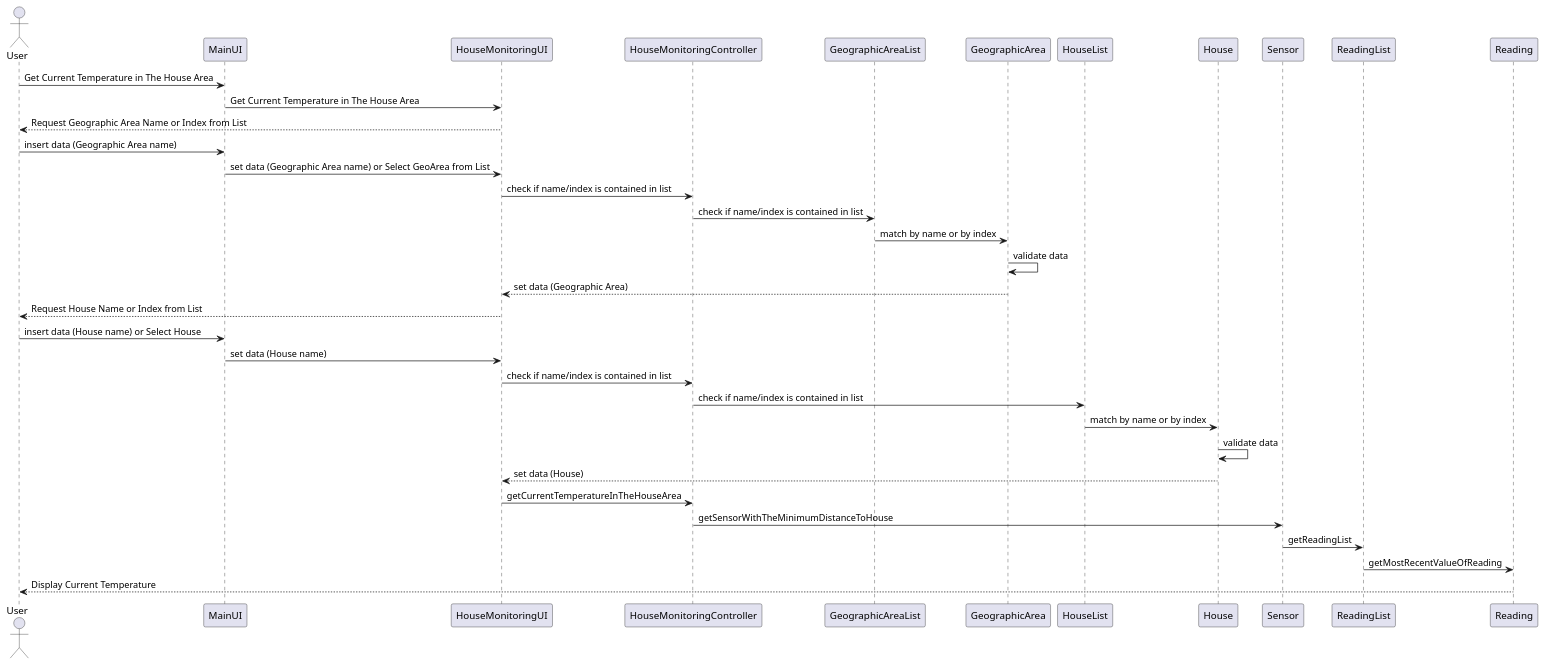
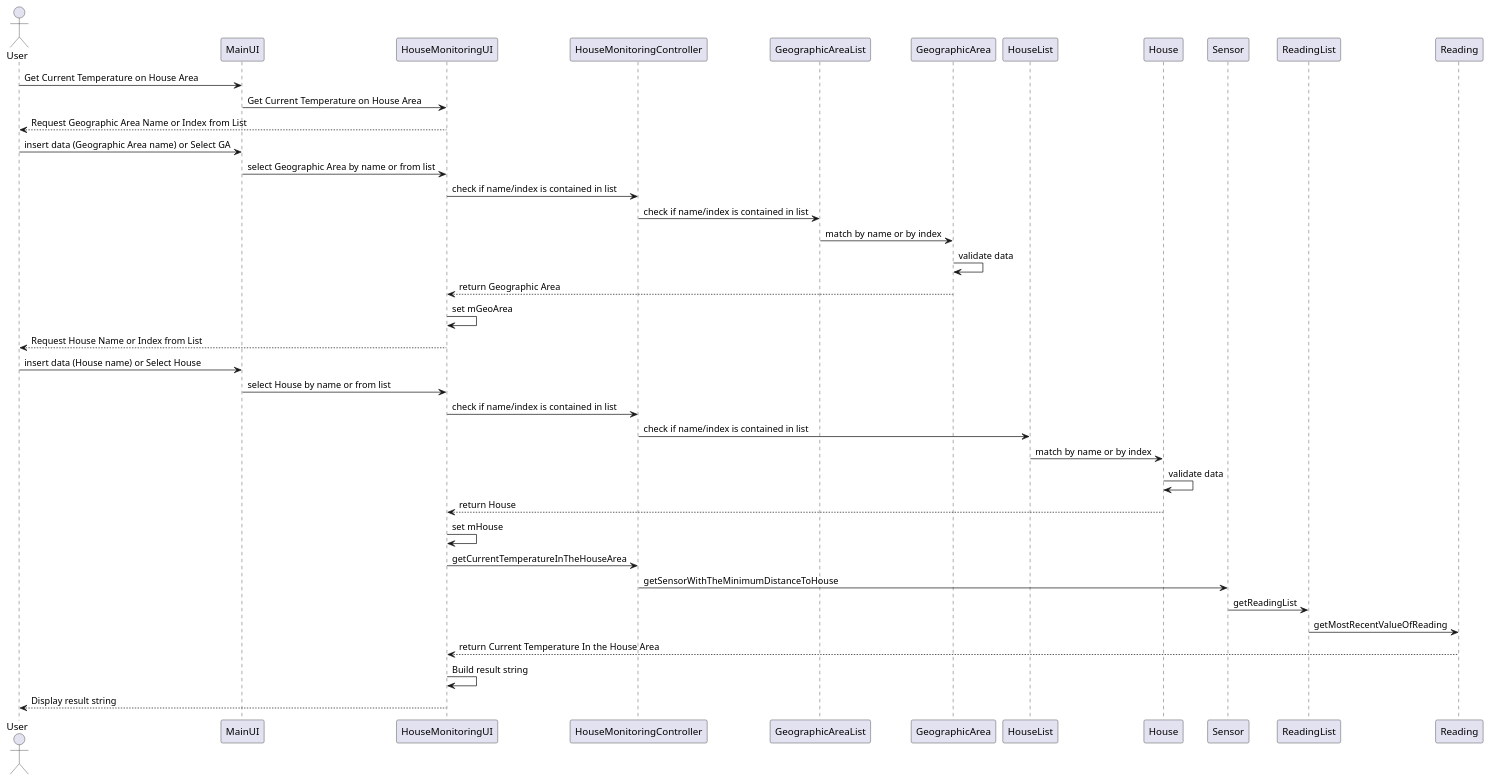
The diagram in uml/US600.puml (Almadanmp/project), drawn with PlantUML before and after one commit.

Commit message:
uml sequence updated.

```diff
--- a/uml/US600.puml
+++ b/uml/US600.puml
@@ -1,26 +1,31 @@
 @startuml
 actor User
-User -> MainUI: Get Current Temperature in The House Area
-MainUI -> HouseMonitoringUI: Get Current Temperature in The House Area
+User -> MainUI: Get Current Temperature on House Area
+MainUI -> HouseMonitoringUI: Get Current Temperature on House Area
 HouseMonitoringUI --> User: Request Geographic Area Name or Index from List
-User -> MainUI: insert data (Geographic Area name)
-MainUI -> HouseMonitoringUI: set data (Geographic Area name) or Select GeoArea from List
+User -> MainUI: insert data (Geographic Area name) or Select GA
+MainUI -> HouseMonitoringUI: select Geographic Area by name or from list
 HouseMonitoringUI ->HouseMonitoringController: check if name/index is contained in list
 HouseMonitoringController -> GeographicAreaList: check if name/index is contained in list
 GeographicAreaList -> GeographicArea: match by name or by index
 GeographicArea -> GeographicArea: validate data
-GeographicArea --> HouseMonitoringUI: set data (Geographic Area)
+GeographicArea --> HouseMonitoringUI: return Geographic Area
+HouseMonitoringUI -> HouseMonitoringUI: set mGeoArea
 HouseMonitoringUI --> User: Request House Name or Index from List
 User -> MainUI: insert data (House name) or Select House
-MainUI -> HouseMonitoringUI: set data (House name)
+MainUI -> HouseMonitoringUI: select House by name or from list
 HouseMonitoringUI -> HouseMonitoringController: check if name/index is contained in list
 HouseMonitoringController -> HouseList: check if name/index is contained in list
 HouseList -> House: match by name or by index
 House -> House: validate data
-House --> HouseMonitoringUI: set data (House)
+House --> HouseMonitoringUI: return House
+HouseMonitoringUI -> HouseMonitoringUI: set mHouse
 HouseMonitoringUI -> HouseMonitoringController: getCurrentTemperatureInTheHouseArea
 HouseMonitoringController->Sensor: getSensorWithTheMinimumDistanceToHouse
 Sensor->ReadingList: getReadingList
 ReadingList->Reading:getMostRecentValueOfReading
-Reading-->User: Display Current Temperature
+Reading-->HouseMonitoringUI: return Current Temperature In the House Area
+HouseMonitoringUI -> HouseMonitoringUI: Build result string
+HouseMonitoringUI -->User: Display result string
+
 @enduml
```
